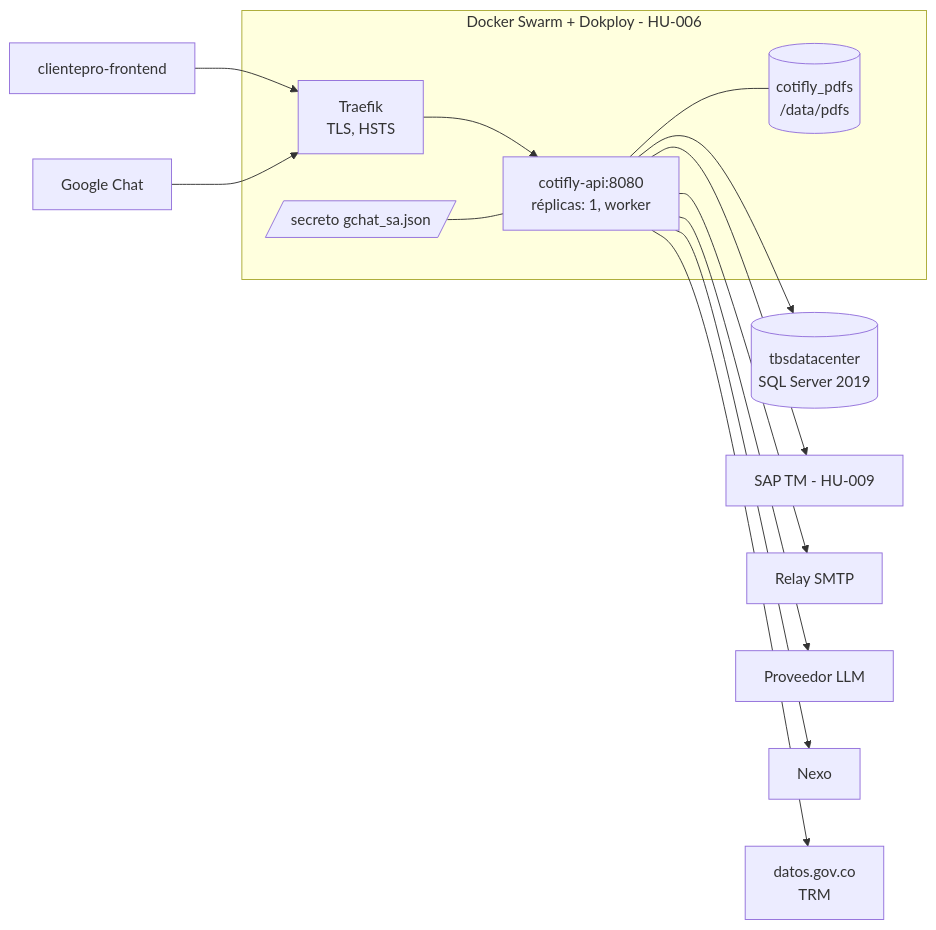
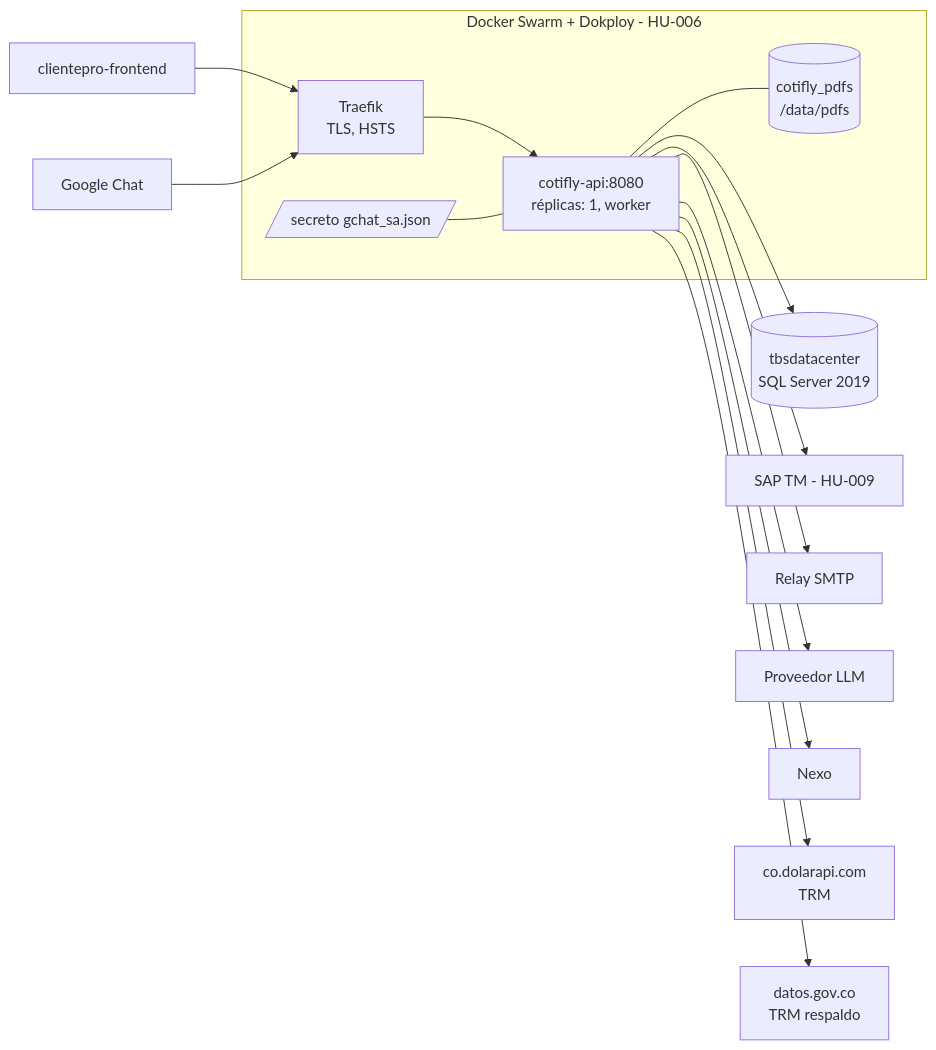
Before and after one commit to InnovacionIA-proyectos/Cotifly: the diagram in backend-dotnet/docs/03-infraestructura.md, drawn with Mermaid. The commit also changed other lines of this file and 12 other files, not shown here.

First line of the commit message:
Documentación de la TRM con DolarApi, nota del PDF y licitaciones en USD

````diff
--- a/backend-dotnet/docs/03-infraestructura.md
+++ b/backend-dotnet/docs/03-infraestructura.md
@@ -425,16 +430,17 @@
 ```mermaid
 flowchart LR
     subgraph swarm[Docker Swarm + Dokploy - HU-006]
         traefik[Traefik<br/>TLS, HSTS] --> api[cotifly-api:8080<br/>réplicas: 1, worker]
         api --- vol[(cotifly_pdfs<br/>/data/pdfs)]
         sec[/secreto gchat_sa.json/] --- api
     end
     front[clientepro-frontend] --> traefik
     google[Google Chat] --> traefik
     api --> sqlsrv[(tbsdatacenter<br/>SQL Server 2019)]
     api --> sapnet[SAP TM - HU-009]
     api --> relay[Relay SMTP]
     api --> proveedor[Proveedor LLM]
     api --> nexo[Nexo]
-    api --> trm[datos.gov.co<br/>TRM]
+    api --> trm[co.dolarapi.com<br/>TRM]
+    api --> trm2[datos.gov.co<br/>TRM respaldo]
 ```
````
